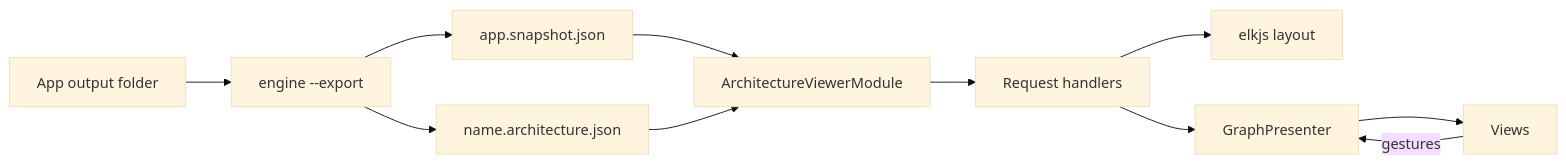
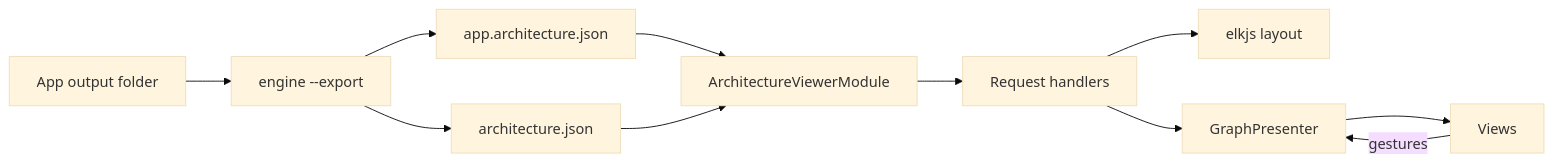
One commit to MgCohen/vsa-template changed the diagram in docs/viewer.md. Above: the diagram before and after it, drawn with Mermaid (base theme). The commit also changed other lines of this file and 17 other files, not shown here.

First line of the commit message:
Name the files <architecture>.json and <app>.<architecture>.json

````diff
--- a/docs/viewer.md
+++ b/docs/viewer.md
@@ -30,13 +30,13 @@
 ```mermaid
 flowchart LR
     A[App output folder] --> X[engine --export]
-    X --> D[app.snapshot.json]
-    X --> F[name.architecture.json]
+    X --> D[app.architecture.json]
+    X --> F[architecture.json]
     D --> M[ArchitectureViewerModule]
     F --> M
     M --> H[Request handlers]
     H --> E[elkjs layout]
     H --> P[GraphPresenter]
     P --> V[Views]
     V -->|gestures| P
 ```
````
